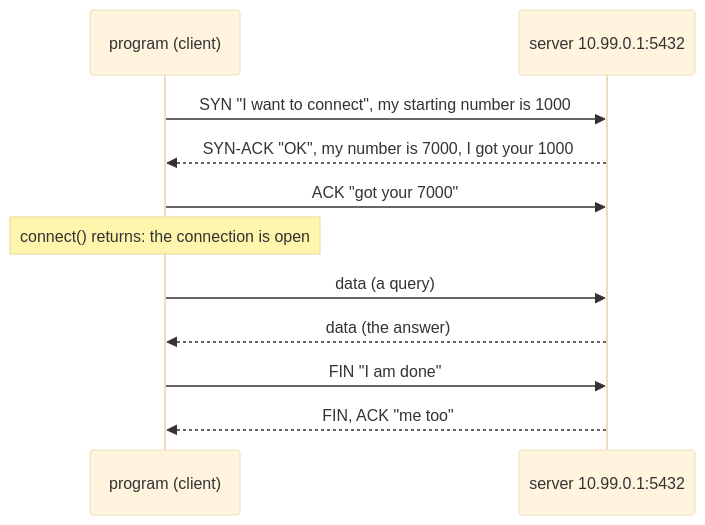
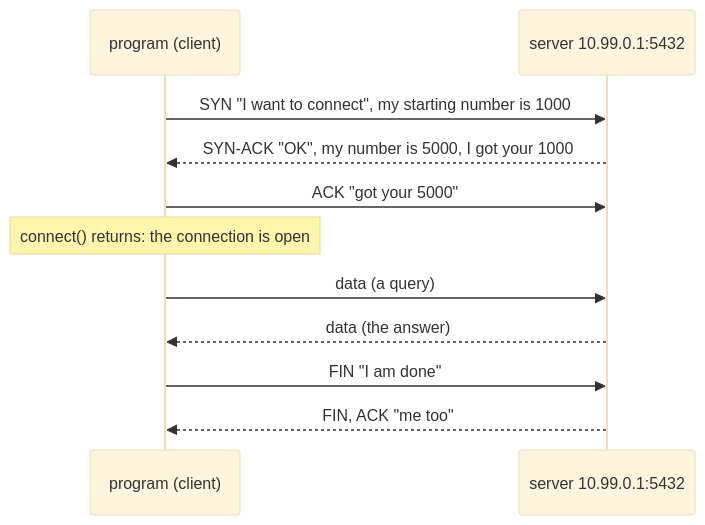
Before and after one commit to nanmuyao-tools/pingmock: the third of 7 diagrams in docs/basics.md, drawn with Mermaid (base theme). The commit also changed other lines of this file and 26 other files, not shown here.

````diff
--- a/docs/basics.md
+++ b/docs/basics.md
@@ -138,13 +138,13 @@
 ```mermaid
 sequenceDiagram
     participant C as program (client)
     participant S as server 10.99.0.1:5432
     C->>S: SYN "I want to connect", my starting number is 1000
-    S-->>C: SYN-ACK "OK", my number is 7000, I got your 1000
-    C->>S: ACK "got your 7000"
+    S-->>C: SYN-ACK "OK", my number is 5000, I got your 1000
+    C->>S: ACK "got your 5000"
     Note over C: connect() returns: the connection is open
     C->>S: data (a query)
     S-->>C: data (the answer)
     C->>S: FIN "I am done"
     S-->>C: FIN, ACK "me too"
 ```
````
